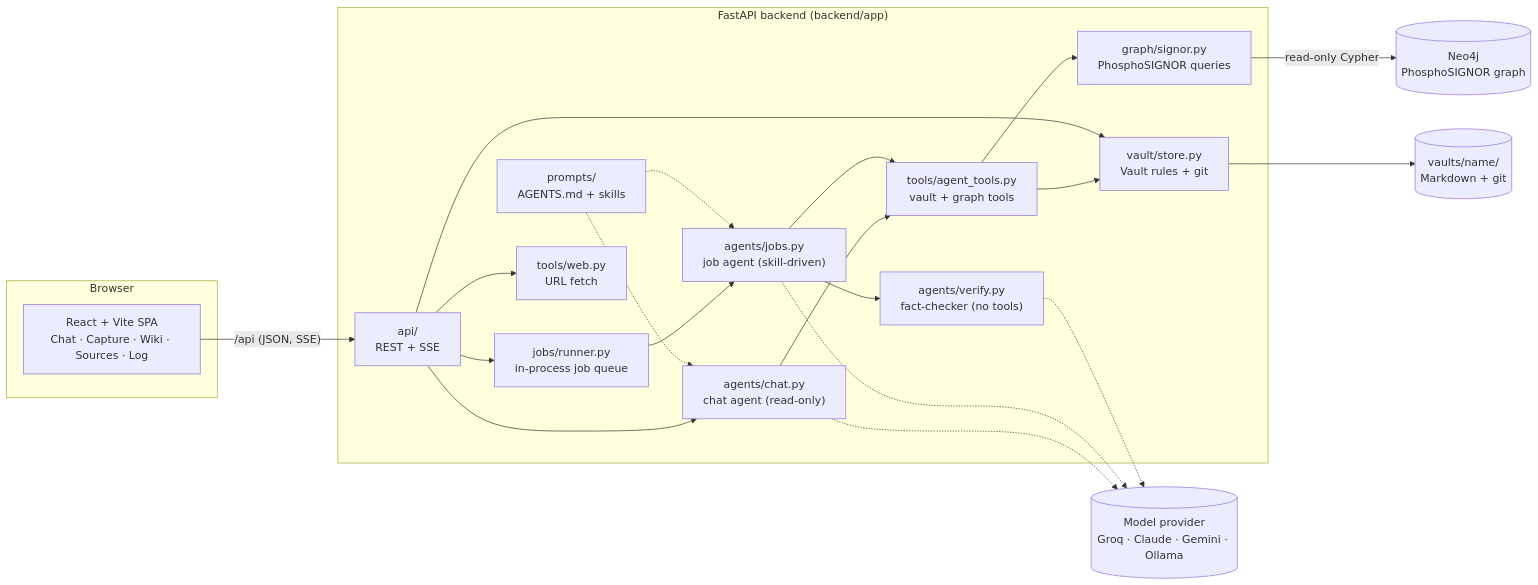
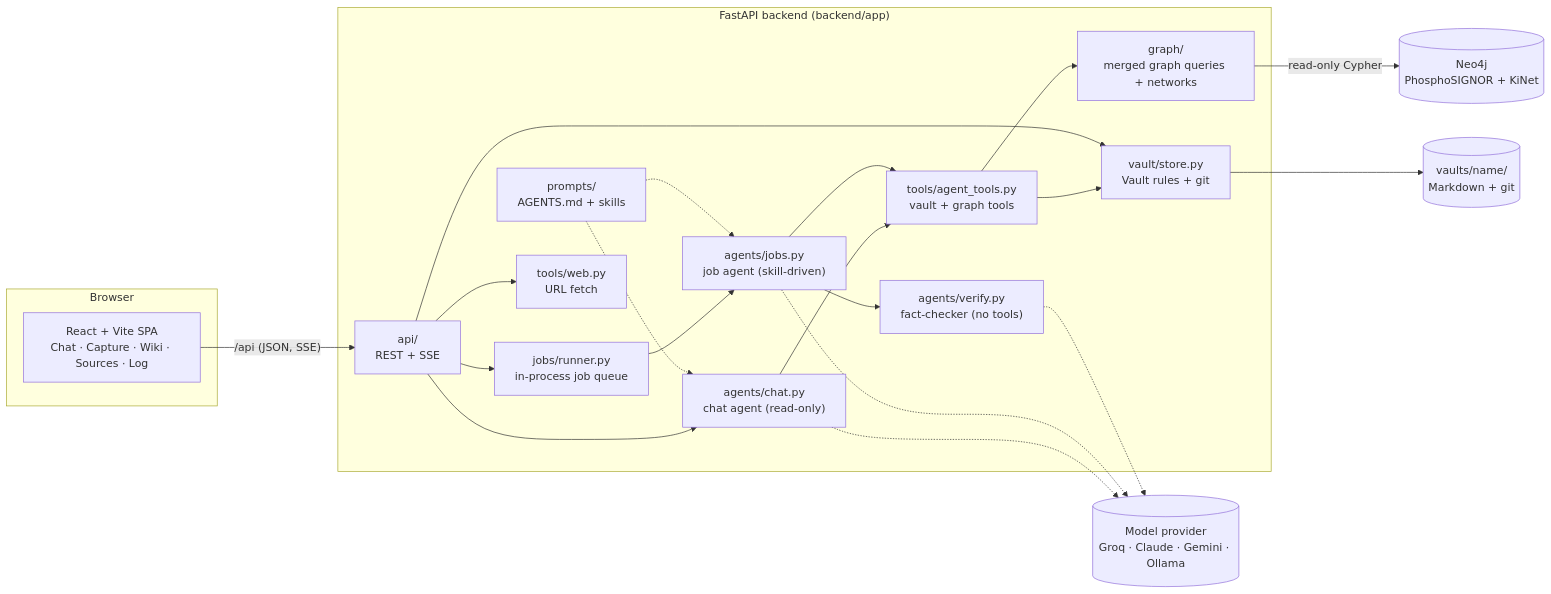
One commit to hainm112123/PhosphoChat changed the first of 3 diagrams in README.md. Above: the diagram before and after it, drawn with Mermaid. The commit also changed other lines of this file and 30 other files, not shown here.

````diff
--- a/README.md
+++ b/README.md
@@ -204,35 +228,35 @@
 ```mermaid
 flowchart LR
     subgraph Browser
         UI["React + Vite SPA<br/>Chat · Capture · Wiki · Sources · Log"]
     end
 
     subgraph Backend["FastAPI backend (backend/app)"]
         API["api/<br/>REST + SSE"]
         Jobs["jobs/runner.py<br/>in-process job queue"]
         Chat["agents/chat.py<br/>chat agent (read-only)"]
         JobAgent["agents/jobs.py<br/>job agent (skill-driven)"]
         Verify["agents/verify.py<br/>fact-checker (no tools)"]
         Prompts["prompts/<br/>AGENTS.md + skills"]
         Tools["tools/agent_tools.py<br/>vault + graph tools"]
         Web["tools/web.py<br/>URL fetch"]
         Vault["vault/store.py<br/>Vault rules + git"]
-        Graph["graph/signor.py<br/>PhosphoSIGNOR queries"]
+        Graph["graph/<br/>merged graph queries + networks"]
     end
 
     LLM[("Model provider<br/>Groq · Claude · Gemini · Ollama")]
     Disk[("vaults/name/<br/>Markdown + git")]
-    Neo4j[("Neo4j<br/>PhosphoSIGNOR graph")]
+    Neo4j[("Neo4j<br/>PhosphoSIGNOR + KiNet")]
 
     UI -- "/api (JSON, SSE)" --> API
     API --> Chat
     API --> Jobs --> JobAgent
     API --> Web
     JobAgent --> Verify
     Chat & JobAgent & Verify -.-> LLM
     Chat & JobAgent --> Tools
     Prompts -.-> Chat & JobAgent
     Tools --> Vault --> Disk
     Tools --> Graph -- "read-only Cypher" --> Neo4j
     API --> Vault
 ```
````
